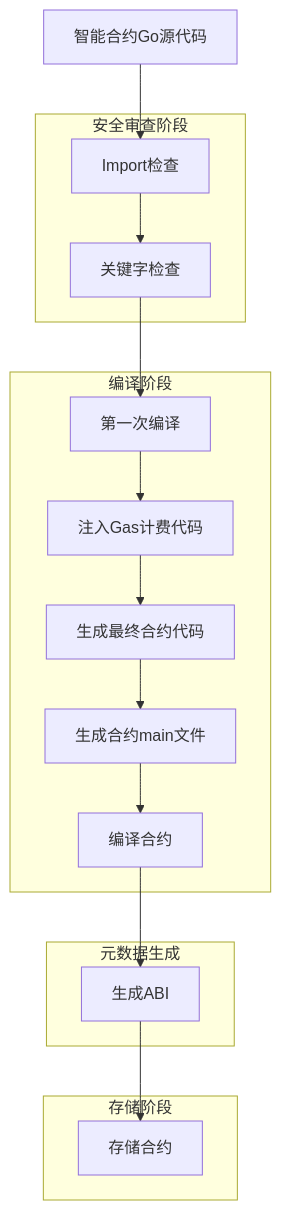
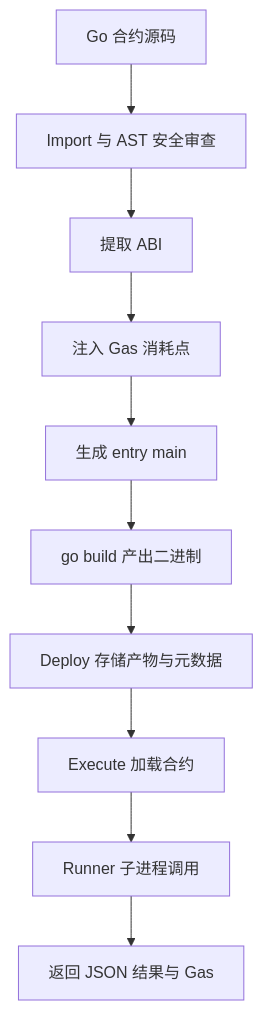
The diagram in docs/detailed_design/contract_processing_flow.md (lengzhao/vm), drawn with Mermaid before and after one commit. The commit also changed other lines of this file and 27 other files, not shown here.

First line of the commit message:
打通 Compile→Deploy→Execute 可执行合约流水线。

````diff
--- a/docs/detailed_design/contract_processing_flow.md
+++ b/docs/detailed_design/contract_processing_flow.md
@@ -9,33 +9,12 @@
 ```mermaid
-graph TD
-    A[智能合约Go源代码] --> B[Import检查]
-    B --> C[关键字检查]
-    C --> D[第一次编译]
-    D --> E[注入Gas计费代码]
-    E --> F[生成最终合约代码]
-    F --> G[生成合约main文件]
-    G --> H[编译合约]
-    H --> I[生成ABI]
-    I --> J[存储合约]
-    
-    subgraph 安全审查阶段
-        B
-        C
-    end
-    
-    subgraph 编译阶段
-        D
-        E
-        F
-        G
-        H
-    end
-    
-    subgraph 元数据生成
-        I
-    end
-    
-    subgraph 存储阶段
-        J
-    end
+flowchart TD
+    A[Go 合约源码] --> B[Import 与 AST 安全审查]
+    B --> C[提取 ABI]
+    C --> D[注入 Gas 消耗点]
+    D --> E[生成 entry main]
+    E --> F[go build 产出二进制]
+    F --> G[Deploy 存储产物与元数据]
+    G --> H[Execute 加载合约]
+    H --> I[Runner 子进程调用]
+    I --> J[返回 JSON 结果与 Gas]
 ```
````
